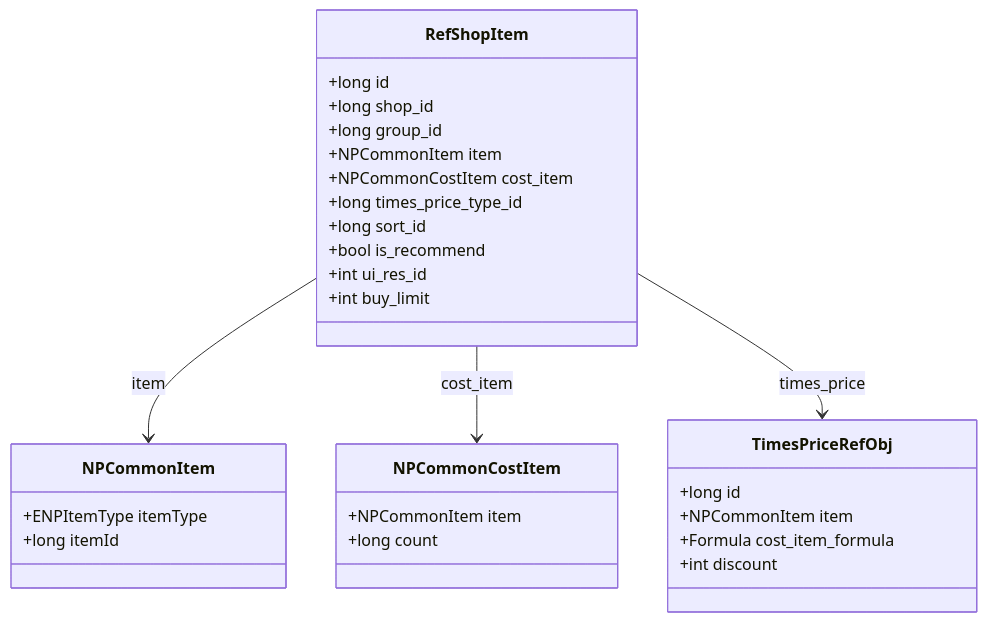
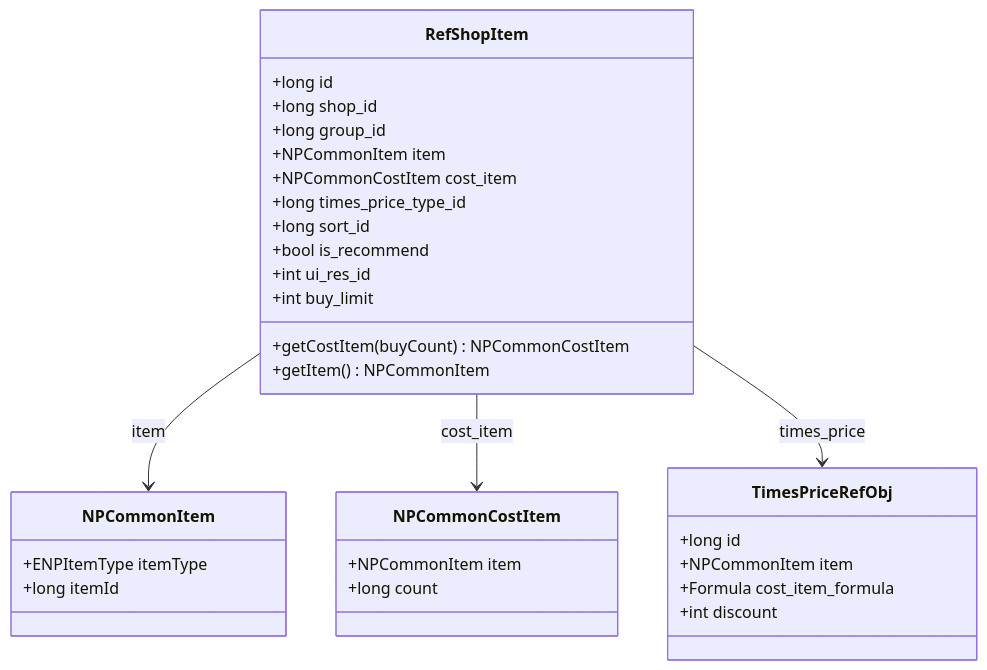
Before and after one commit to Alan-Ben/k2c_game_framework: the third of 6 diagrams in docs/Module_Shop/01_数据配表.md, drawn with Mermaid. The commit also changed other lines of this file and 15 other files, not shown here.

````diff
--- a/docs/Module_Shop/01_数据配表.md
+++ b/docs/Module_Shop/01_数据配表.md
@@ -245,36 +303,38 @@
 ```mermaid
 classDiagram
     class RefShopItem {
         +long id
         +long shop_id
         +long group_id
         +NPCommonItem item
         +NPCommonCostItem cost_item
         +long times_price_type_id
         +long sort_id
         +bool is_recommend
         +int ui_res_id
         +int buy_limit
+        +getCostItem(buyCount) NPCommonCostItem
+        +getItem() NPCommonItem
     }
 
     class NPCommonItem {
         +ENPItemType itemType
         +long itemId
     }
 
     class NPCommonCostItem {
         +NPCommonItem item
         +long count
     }
 
     class TimesPriceRefObj {
         +long id
         +NPCommonItem item
         +Formula cost_item_formula
         +int discount
     }
 
     RefShopItem --> NPCommonItem : item
     RefShopItem --> NPCommonCostItem : cost_item
     RefShopItem --> TimesPriceRefObj : times_price
 ```
````
